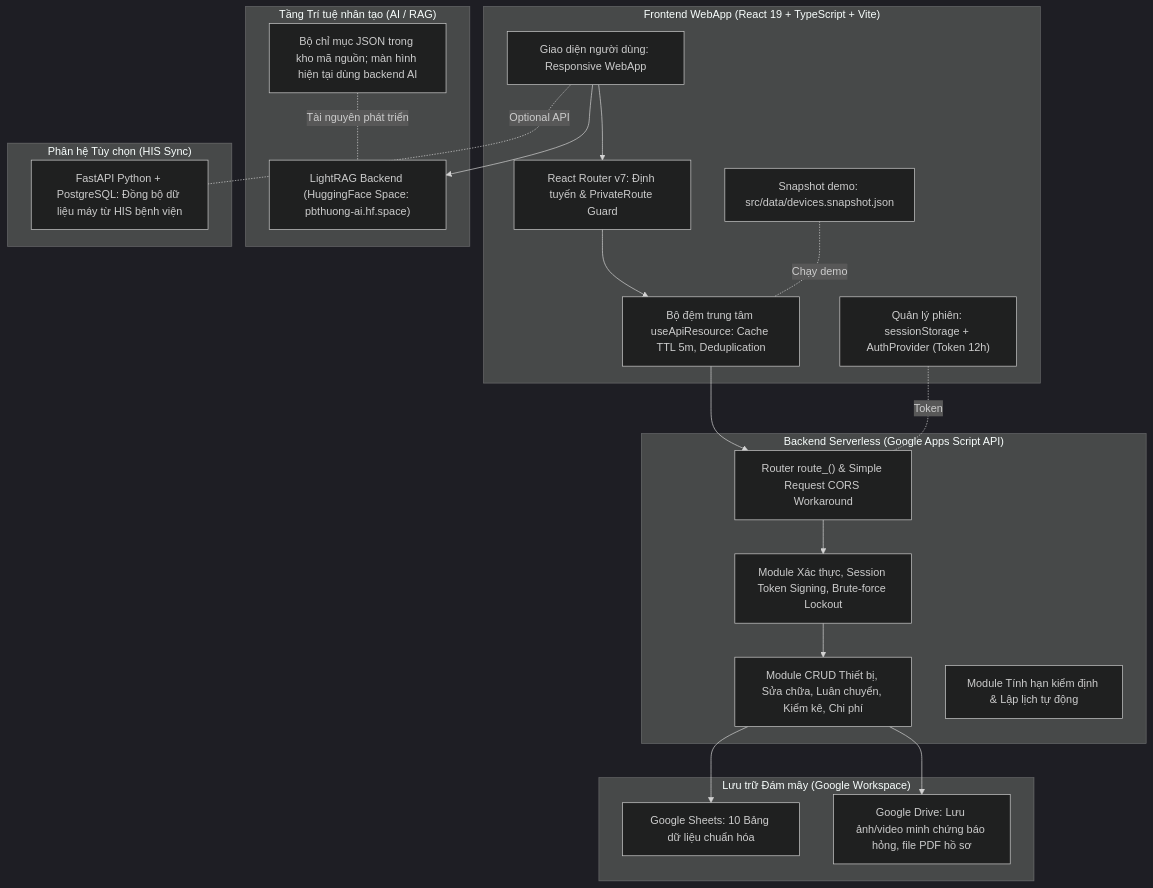
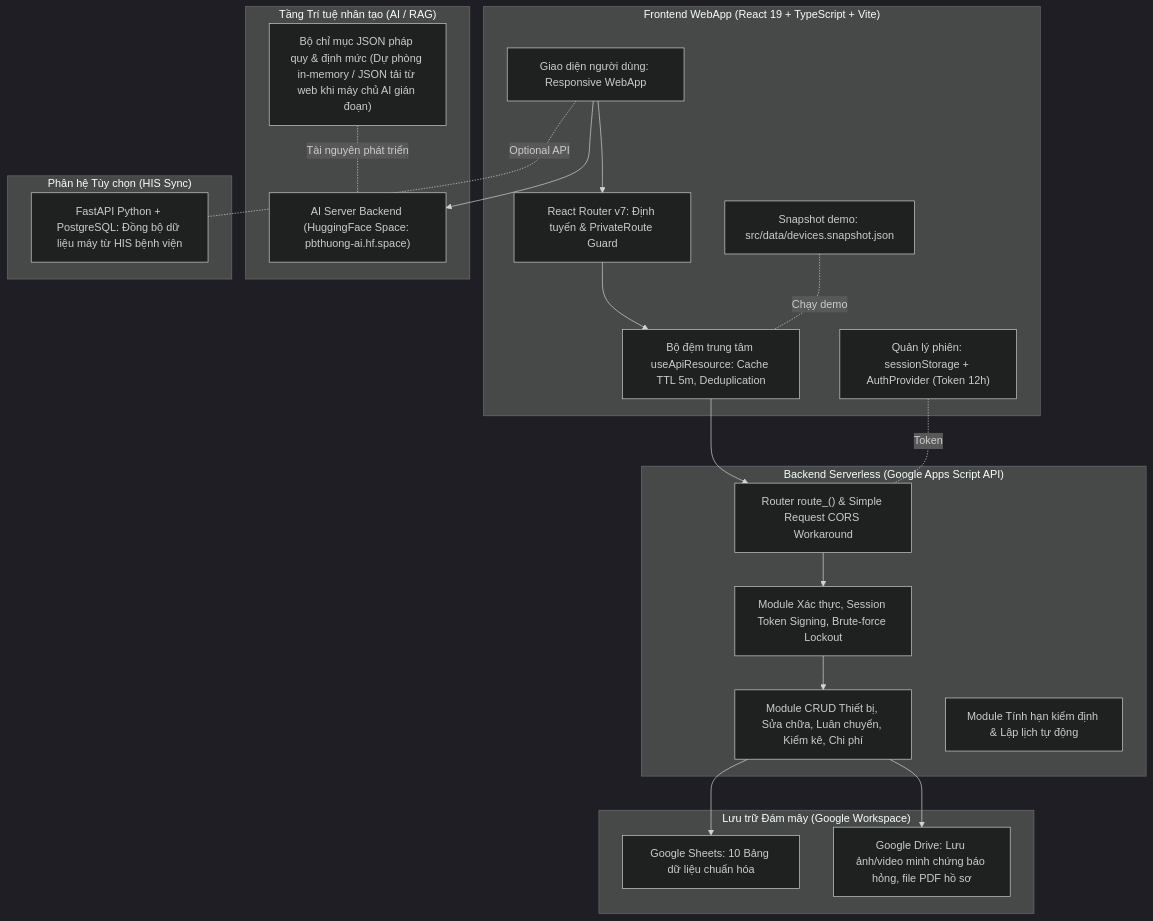
The first of 3 diagrams in NOI_DUNG_DU_AN.md (phambathuong96hup-spec/quanlyttb), drawn with Mermaid (dark theme) before and after one commit. The commit also changed other lines of this file and 10 other files, not shown here.

````diff
--- a/NOI_DUNG_DU_AN.md
+++ b/NOI_DUNG_DU_AN.md
@@ -44,41 +44,41 @@
 ```mermaid
 flowchart TD
     subgraph Frontend ["Frontend WebApp (React 19 + TypeScript + Vite)"]
         UI["Giao diện người dùng: Responsive WebApp"]
         Router["React Router v7: Định tuyến & PrivateRoute Guard"]
         Store["Bộ đệm trung tâm useApiResource: Cache TTL 5m, Deduplication"]
         Session["Quản lý phiên: sessionStorage + AuthProvider (Token 12h)"]
         LocalSnap["Snapshot demo: src/data/devices.snapshot.json"]
     end
 
     subgraph Backend_Serverless ["Backend Serverless (Google Apps Script API)"]
         Gateway["Router route_() & Simple Request CORS Workaround"]
         AuthModule["Module Xác thực, Session Token Signing, Brute-force Lockout"]
         CrudModule["Module CRUD Thiết bị, Sửa chữa, Luân chuyển, Kiểm kê, Chi phí"]
         DocModule["Module Tính hạn kiểm định & Lập lịch tự động"]
     end
 
     subgraph Storage_Cloud ["Lưu trữ Đám mây (Google Workspace)"]
         DB_Sheets["Google Sheets: 10 Bảng dữ liệu chuẩn hóa"]
         Drive_Storage["Google Drive: Lưu ảnh/video minh chứng báo hỏng, file PDF hồ sơ"]
     end
 
     subgraph AI_Layer ["Tầng Trí tuệ nhân tạo (AI / RAG)"]
-        HF_Space["LightRAG Backend (HuggingFace Space: pbthuong-ai.hf.space)"]
-        LocalRAG["Bộ chỉ mục JSON trong kho mã nguồn; màn hình hiện tại dùng backend AI"]
+        HF_Space["AI Server Backend (HuggingFace Space: pbthuong-ai.hf.space)"]
+        LocalRAG["Bộ chỉ mục JSON pháp quy & định mức (Dự phòng in-memory / JSON tải từ web khi máy chủ AI gián đoạn)"]
     end
 
     subgraph HIS_Optional ["Phân hệ Tùy chọn (HIS Sync)"]
         HIS_FastAPI["FastAPI Python + PostgreSQL: Đồng bộ dữ liệu máy từ HIS bệnh viện"]
     end
 
     UI --> Router --> Store
     Store --> Gateway
     Session -. Token .- Gateway
     Gateway --> AuthModule --> CrudModule --> DB_Sheets
     CrudModule --> Drive_Storage
     UI --> HF_Space
     LocalRAG -. Tài nguyên phát triển .- HF_Space
     UI -. Optional API .- HIS_FastAPI
     LocalSnap -. Chạy demo .- Store
 ```
````
